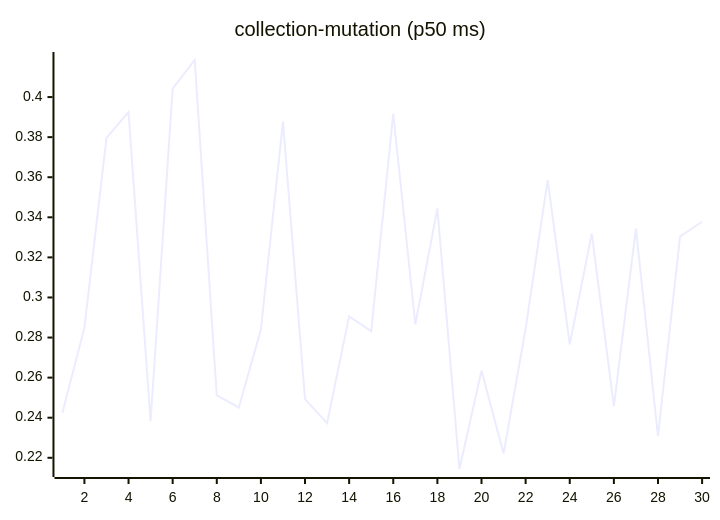
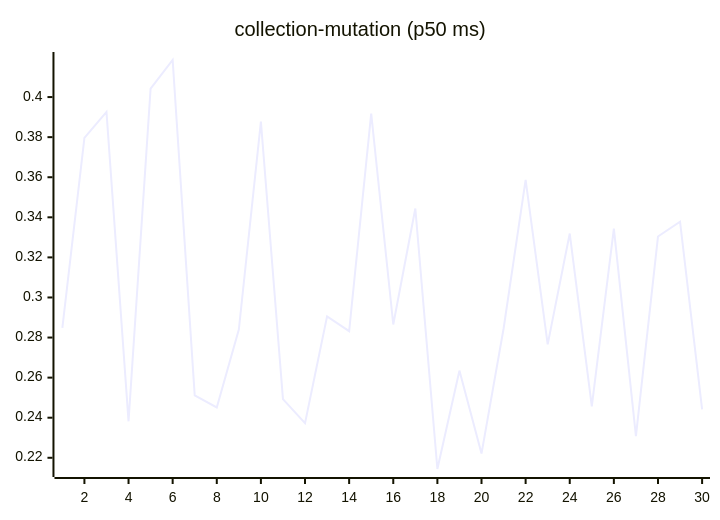
The sixth of 27 diagrams in README.md (josha/Facet), drawn with Mermaid before and after one commit. The commit also changed other lines of this file and 2 other files, not shown here.

````diff
--- a/README.md
+++ b/README.md
@@ -98,6 +98,6 @@
 ```mermaid
 xychart-beta
     title "collection-mutation (p50 ms)"
     x-axis 1 --> 30
-    line [0.2424, 0.2848, 0.3796, 0.3926, 0.2382, 0.4042, 0.4185, 0.2511, 0.2451, 0.2840, 0.3878, 0.2493, 0.2373, 0.2906, 0.2832, 0.3918, 0.2865, 0.3444, 0.2144, 0.2635, 0.2221, 0.2844, 0.3587, 0.2766, 0.3319, 0.2457, 0.3344, 0.2308, 0.3304, 0.3378]
+    line [0.2848, 0.3796, 0.3926, 0.2382, 0.4042, 0.4185, 0.2511, 0.2451, 0.2840, 0.3878, 0.2493, 0.2373, 0.2906, 0.2832, 0.3918, 0.2865, 0.3444, 0.2144, 0.2635, 0.2221, 0.2844, 0.3587, 0.2766, 0.3319, 0.2457, 0.3344, 0.2308, 0.3304, 0.3378, 0.2442]
 ```
````
